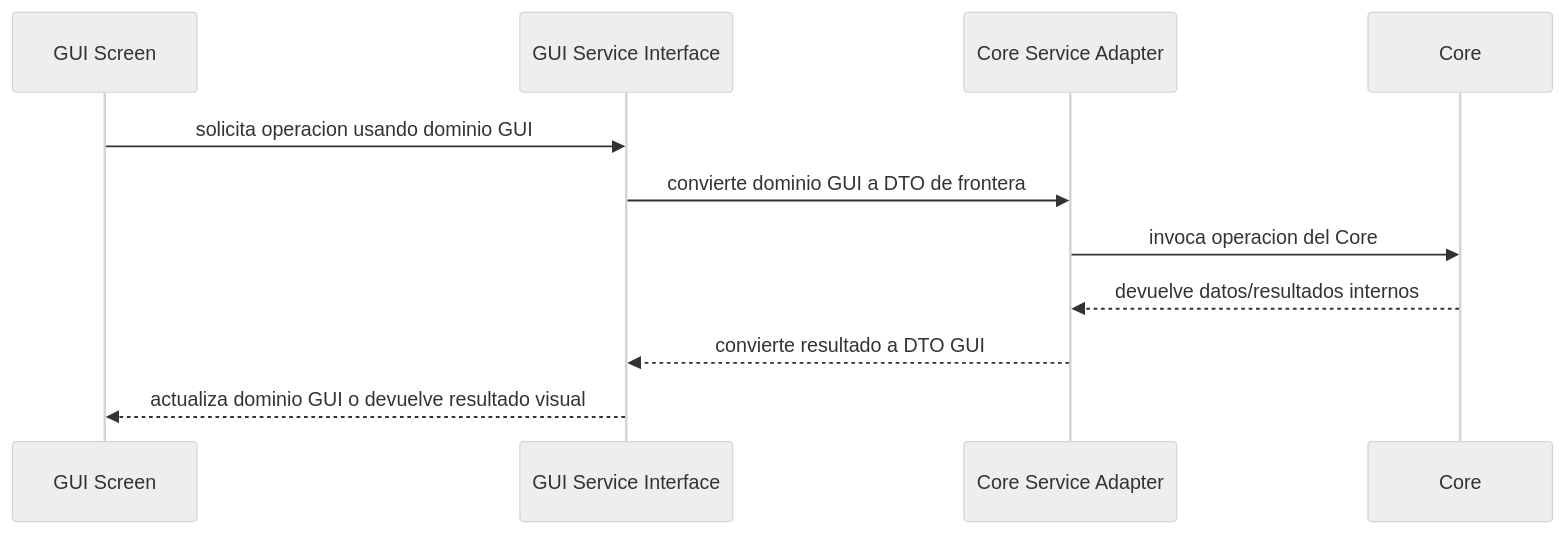
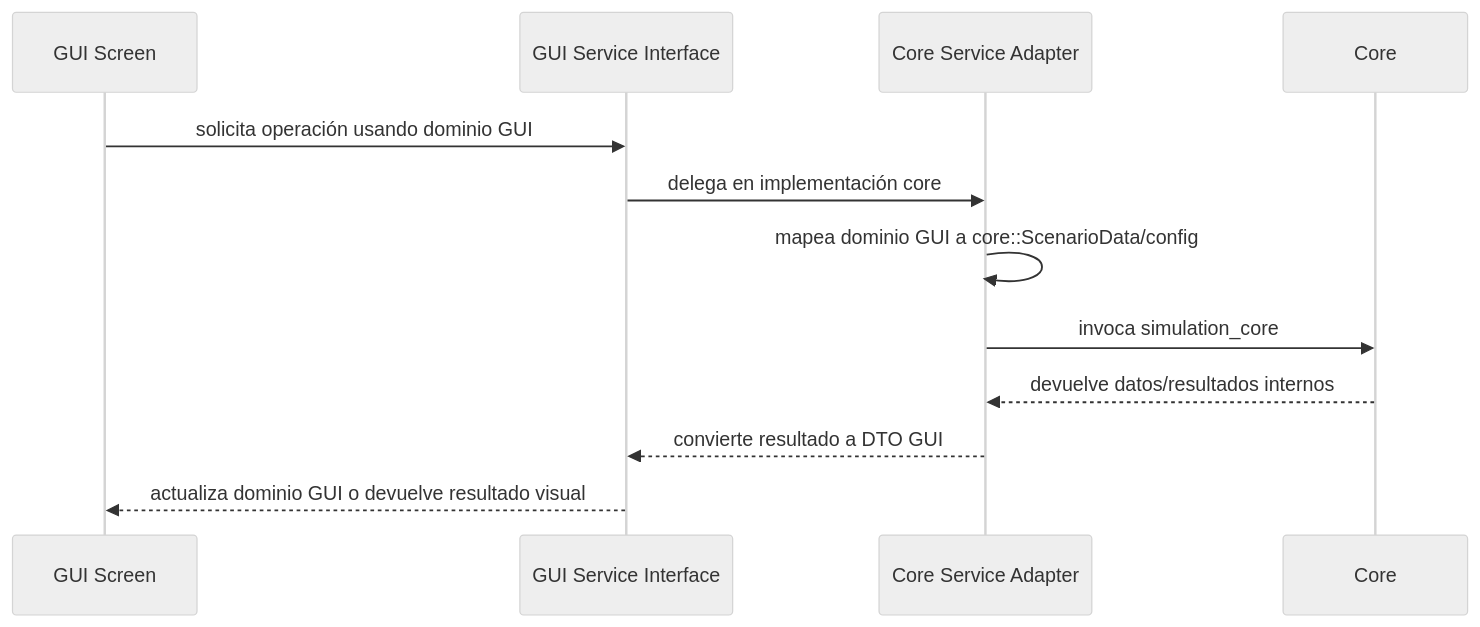
The fourth of 5 diagrams in docs/architecture/system-design.md (StivenJM/proyecto-simulacion), drawn with Mermaid (neutral theme) before and after one commit. The commit also changed other lines of this file and 12 other files, not shown here.

First line of the commit message:
docs: update integrated GUI-Core architecture documentation

````diff
--- a/docs/architecture/system-design.md
+++ b/docs/architecture/system-design.md
@@ -160,14 +185,15 @@
 ```mermaid
 sequenceDiagram
     participant Screen as GUI Screen
     participant Service as GUI Service Interface
     participant Adapter as Core Service Adapter
     participant Core as Core
 
-    Screen->>Service: solicita operacion usando dominio GUI
-    Service->>Adapter: convierte dominio GUI a DTO de frontera
-    Adapter->>Core: invoca operacion del Core
+    Screen->>Service: solicita operación usando dominio GUI
+    Service->>Adapter: delega en implementación core
+    Adapter->>Adapter: mapea dominio GUI a core::ScenarioData/config
+    Adapter->>Core: invoca simulation_core
     Core-->>Adapter: devuelve datos/resultados internos
     Adapter-->>Service: convierte resultado a DTO GUI
     Service-->>Screen: actualiza dominio GUI o devuelve resultado visual
 ```
````
